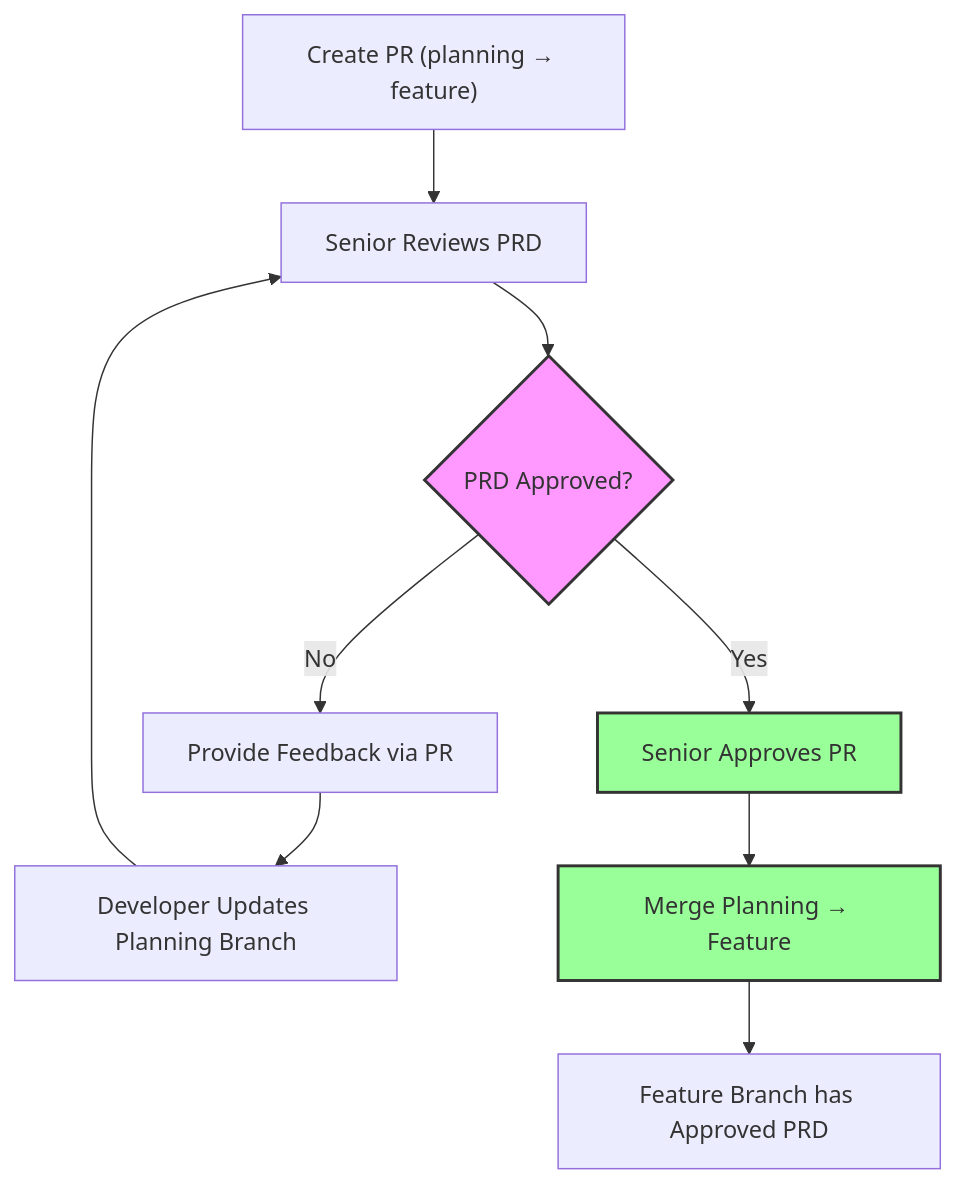
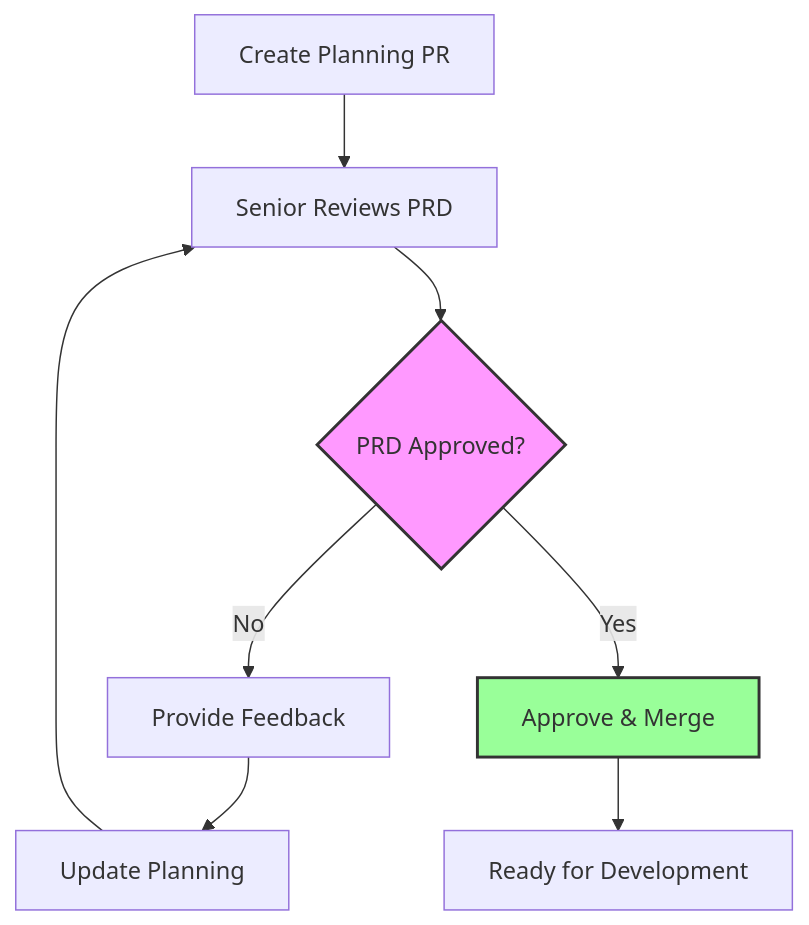
Before and after one commit to jluisflo/the-future-of-coding: the third of 5 diagrams in tdd-adoption-brief.md, drawn with Mermaid. The commit also changed other lines of this file and 2 other files, not shown here.

````diff
--- a/tdd-adoption-brief.md
+++ b/tdd-adoption-brief.md
@@ -140,15 +125,13 @@
 ```mermaid
 graph TD
-    A["Create PR (planning → feature)"] --> B[Senior Reviews PRD]
+    A[Create Planning PR] --> B[Senior Reviews PRD]
     B --> C{PRD Approved?}
-    C -->|No| D[Provide Feedback via PR]
-    D --> E[Developer Updates Planning Branch]
+    C -->|No| D[Provide Feedback]
+    D --> E[Update Planning]
     E --> B
-    C -->|Yes| F[Senior Approves PR]
-    F --> G[Merge Planning → Feature]
-    G --> H[Feature Branch has Approved PRD]
+    C -->|Yes| F[Approve & Merge]
+    F --> G[Ready for Development]
     
     style C fill:#f9f,stroke:#333,stroke-width:2px
     style F fill:#9f9,stroke:#333,stroke-width:2px
-    style G fill:#9f9,stroke:#333,stroke-width:2px
 ```
````
